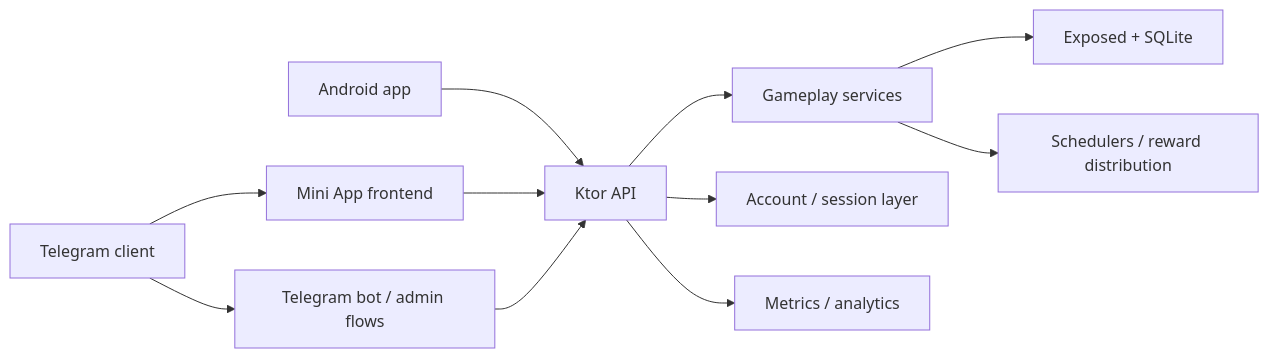
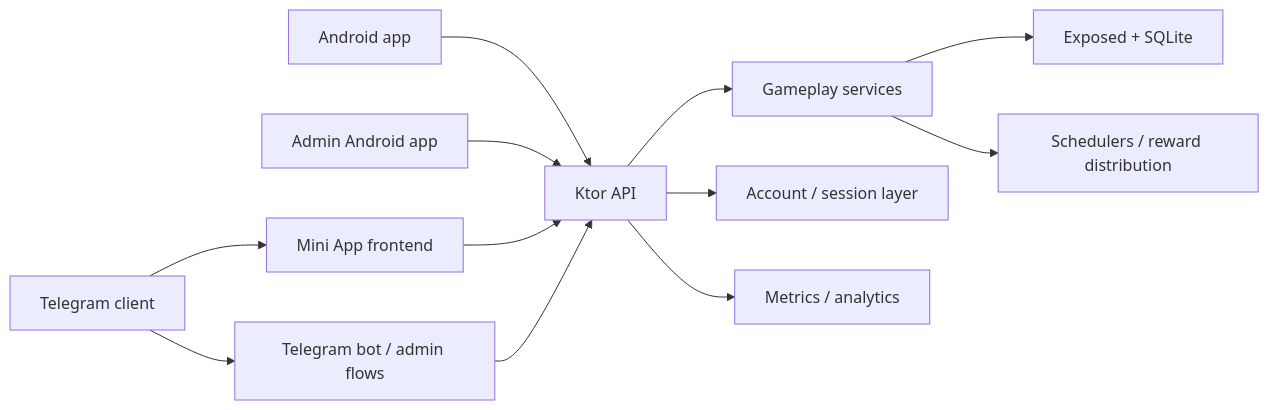
The diagram in README.md (anry88/RiverKing), drawn with Mermaid before and after one commit. The commit also changed other lines of this file and 15 other files, not shown here.

Commit message:
Update admin mobile app tooling

````diff
--- a/README.md
+++ b/README.md
@@ -57,13 +59,14 @@
 ```mermaid
 flowchart LR
     A["Telegram client"] --> B["Mini App frontend"]
     A --> C["Telegram bot / admin flows"]
     I["Android app"] --> D
+    K["Admin Android app"] --> D
     B --> D["Ktor API"]
     C --> D
     D --> E["Gameplay services"]
     D --> J["Account / session layer"]
     E --> F["Exposed + SQLite"]
     D --> G["Metrics / analytics"]
     E --> H["Schedulers / reward distribution"]
 ```
````
